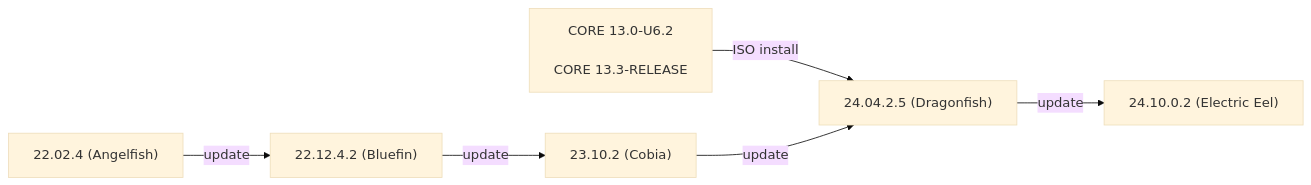
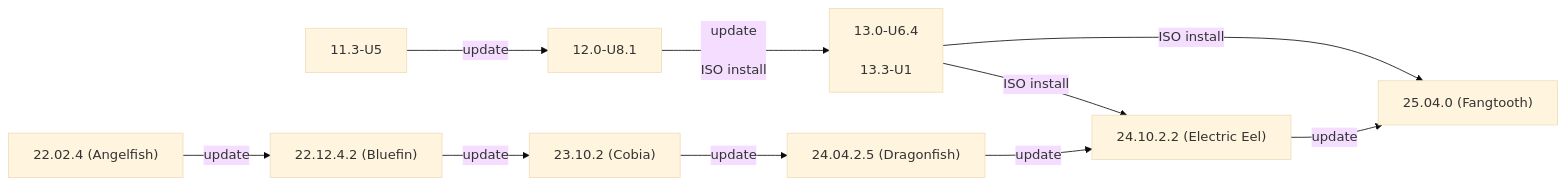
One commit to truenas/documentation changed the first of 2 diagrams in static/includes/SCALEUpgradePaths.md. Above: the diagram before and after it, drawn with Mermaid (base theme). The commit also changed other lines of this file, not shown here.

```diff
--- a/static/includes/SCALEUpgradePaths.md
+++ b/static/includes/SCALEUpgradePaths.md
@@ -14,9 +14,13 @@
           {{< mermaid class="mermaid_sizing" >}}
           flowchart LR
-            A["22.02.4 (Angelfish)"] -->|update| C
-            B["CORE 13.0-U6.2<br><br>CORE 13.3-RELEASE"] -->|ISO install| E
-            C["22.12.4.2 (Bluefin)"] -->|update| D
-            D["23.10.2 (Cobia)"] -->|update| E
-            E["24.04.2.5 (Dragonfish)"] -->|update| H
-            H["24.10.0.2 (Electric Eel)"]
+            A["11.3-U5"] -->|update| B["12.0-U8.1"]
+            B -->|"update<br><br>ISO install"| C["13.0-U6.4<br><br>13.3-U1"]
+            C -->|ISO install| H
+            C -->|ISO install| I
+            D["22.02.4 (Angelfish)"] -->|update| E
+            E["22.12.4.2 (Bluefin)"] -->|update| F
+            F["23.10.2 (Cobia)"] -->|update| G
+            G["24.04.2.5 (Dragonfish)"] -->|update| H
+            H["24.10.2.2 (Electric Eel)"] -->|update| I
+            I["25.04.0 (Fangtooth)"]
           {{< /mermaid >}}
```
